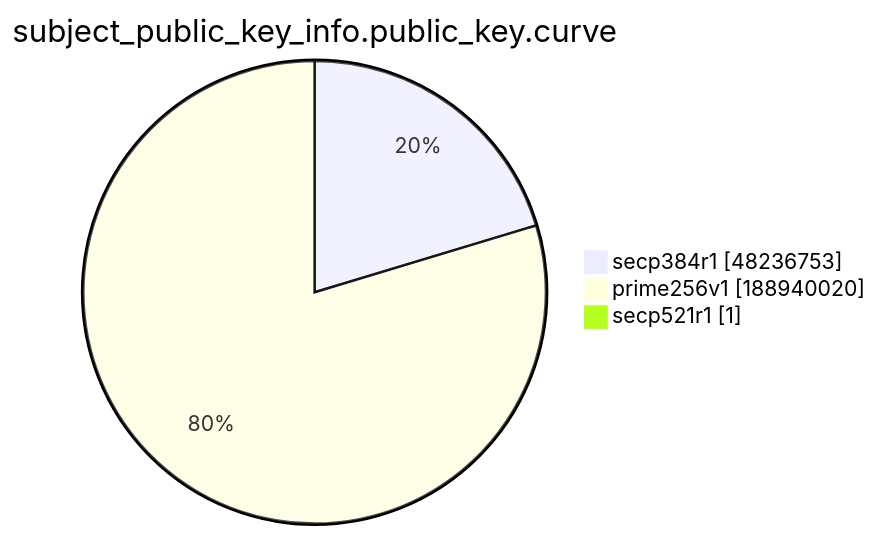
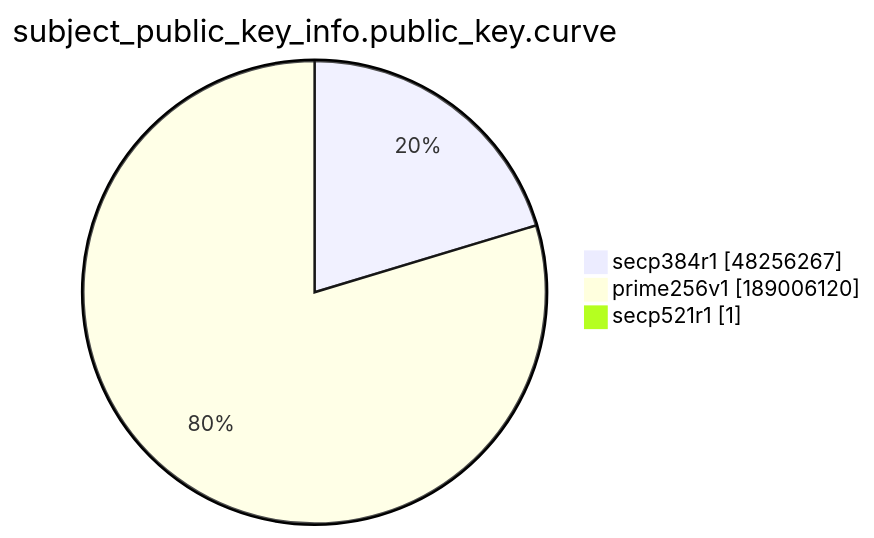
Before and after one commit to christiankrug/ctmonitor_visualization: the ninth of 15 diagrams in xenon2022/README.md, drawn with Mermaid. The commit also changed other lines of this file, not shown here.

````diff
--- a/xenon2022/README.md
+++ b/xenon2022/README.md
@@ -2874,7 +2874,7 @@
 ```mermaid
 pie showData
 title subject_public_key_info.public_key.curve
-"secp384r1" :48236753
-"prime256v1" :188940020
+"secp384r1" :48256267
+"prime256v1" :189006120
 "secp521r1" :1
 ```
````
